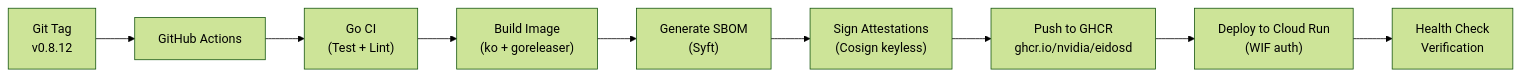
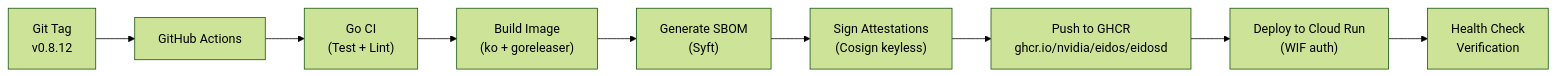
Before and after one commit to hkii/aicr: the fourth of 4 diagrams in docs/architecture/api-server.md, drawn with Mermaid (forest theme). The commit also changed other lines of this file and 19 other files, not shown here.

````diff
--- a/docs/architecture/api-server.md
+++ b/docs/architecture/api-server.md
@@ -540,11 +540,11 @@
 ```mermaid
 flowchart LR
     A["Git Tag<br/>v0.8.12"] --> B["GitHub Actions"]
     B --> C["Go CI<br/>(Test + Lint)"]
     C --> D["Build Image<br/>(ko + goreleaser)"]
     D --> E["Generate SBOM<br/>(Syft)"]  
     E --> F["Sign Attestations<br/>(Cosign keyless)"]
-    F --> G["Push to GHCR<br/>ghcr.io/nvidia/eidosd"]
+    F --> G["Push to GHCR<br/>ghcr.io/nvidia/eidos/eidosd"]
     G --> H["Deploy to Cloud Run<br/>(WIF auth)"]
     H --> I["Health Check<br/>Verification"]
 ```
````
